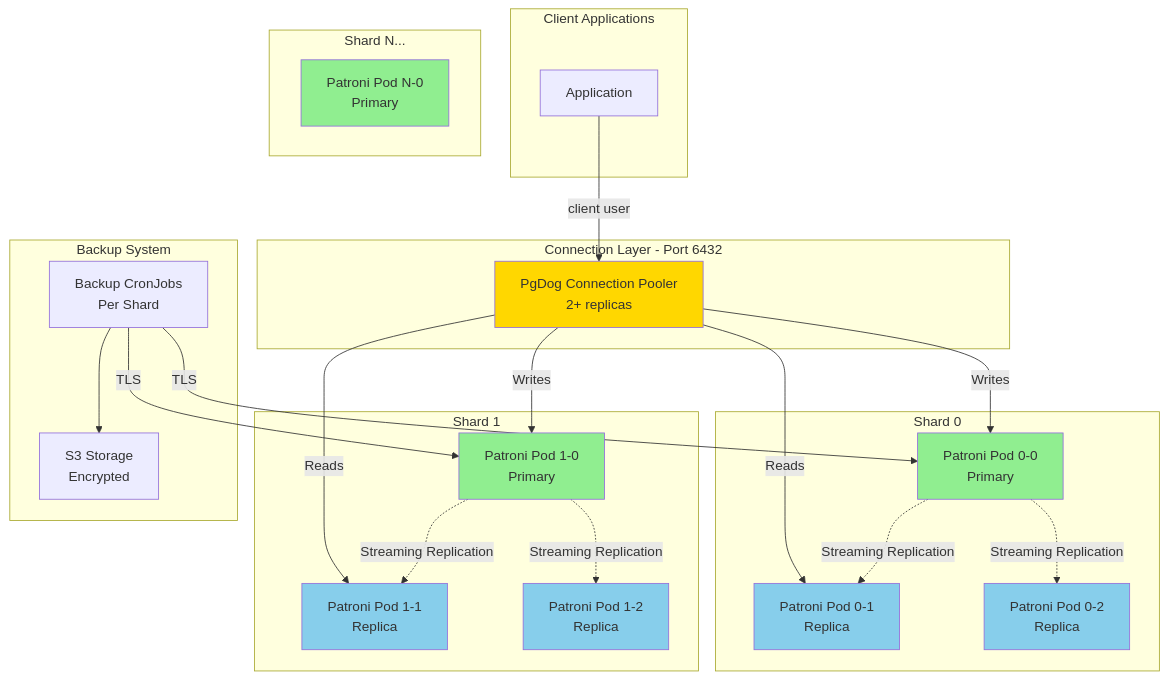
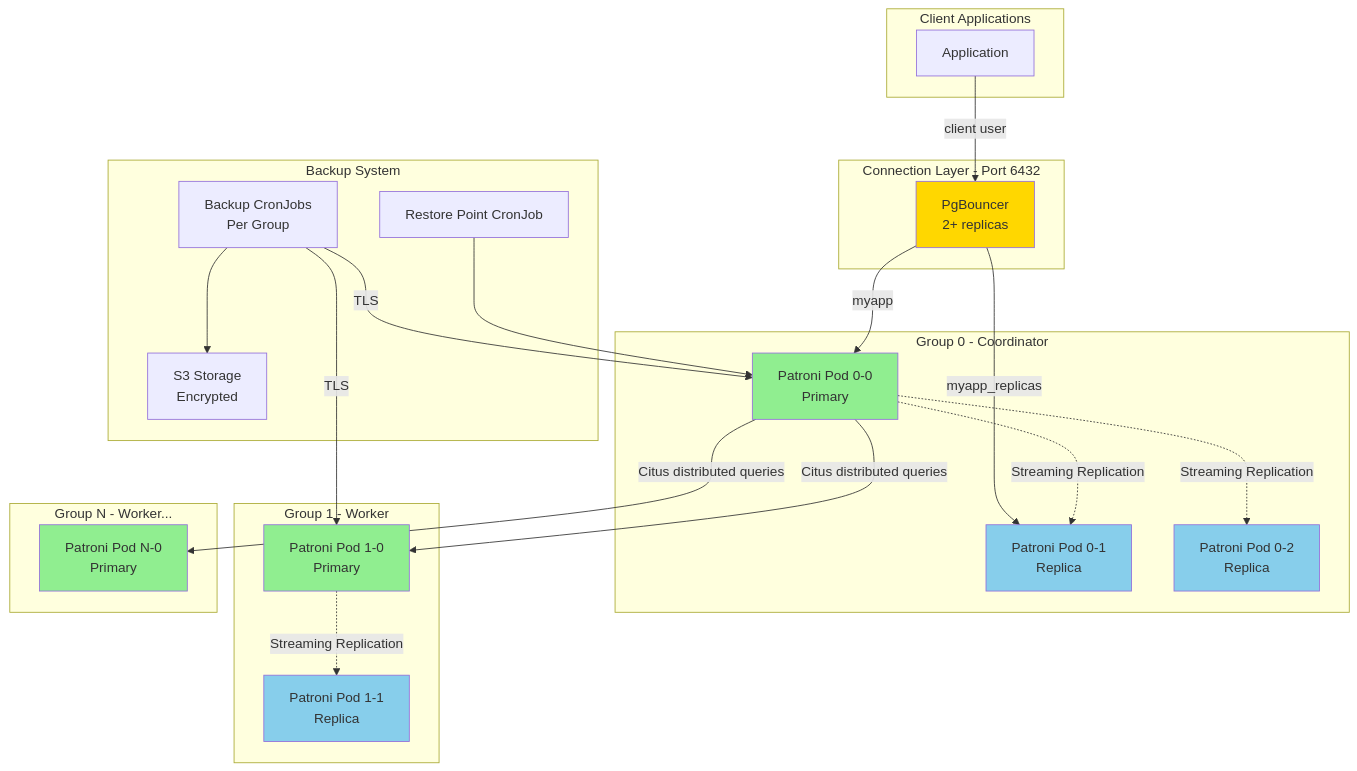
Before and after one commit to Pandoks/pandoks.com: the diagram in packages/postgres/README.md, drawn with Mermaid. The commit also changed other lines of this file and 19 other files, not shown here.

First line of the commit message:
feat(postgres): shard with citus and pool with pgbouncer

````diff
--- a/packages/postgres/README.md
+++ b/packages/postgres/README.md
@@ -8,55 +8,54 @@
 ```mermaid
 graph TB
     subgraph "Client Applications"
         App[Application]
     end
 
     subgraph "Connection Layer - Port 6432"
-        PgDog[PgDog Connection Pooler<br/>2+ replicas]
+        PgBouncer[PgBouncer<br/>2+ replicas]
     end
 
-    subgraph "Shard 0"
-        S0P[Patroni Pod 0-0<br/>Primary]
-        S0R1[Patroni Pod 0-1<br/>Replica]
-        S0R2[Patroni Pod 0-2<br/>Replica]
+    subgraph "Group 0 - Coordinator"
+        G0P[Patroni Pod 0-0<br/>Primary]
+        G0R1[Patroni Pod 0-1<br/>Replica]
+        G0R2[Patroni Pod 0-2<br/>Replica]
     end
 
-    subgraph "Shard 1"
-        S1P[Patroni Pod 1-0<br/>Primary]
-        S1R1[Patroni Pod 1-1<br/>Replica]
-        S1R2[Patroni Pod 1-2<br/>Replica]
+    subgraph "Group 1 - Worker"
+        G1P[Patroni Pod 1-0<br/>Primary]
+        G1R1[Patroni Pod 1-1<br/>Replica]
     end
 
-    subgraph "Shard N..."
-        SNP[Patroni Pod N-0<br/>Primary]
+    subgraph "Group N - Worker..."
+        GNP[Patroni Pod N-0<br/>Primary]
     end
 
     subgraph "Backup System"
-        BackupJobs[Backup CronJobs<br/>Per Shard]
+        BackupJobs[Backup CronJobs<br/>Per Group]
+        RestorePoint[Restore Point CronJob]
         S3[S3 Storage<br/>Encrypted]
     end
 
-    App -->|client user| PgDog
-    PgDog -->|Writes| S0P
-    PgDog -->|Writes| S1P
-    PgDog -->|Reads| S0R1
-    PgDog -->|Reads| S1R1
+    App -->|client user| PgBouncer
+    PgBouncer -->|myapp| G0P
+    PgBouncer -->|myapp_replicas| G0R1
+    G0P -->|Citus distributed queries| G1P
+    G0P -->|Citus distributed queries| GNP
 
-    S0P -.->|Streaming Replication| S0R1
-    S0P -.->|Streaming Replication| S0R2
-    S1P -.->|Streaming Replication| S1R1
-    S1P -.->|Streaming Replication| S1R2
+    G0P -.->|Streaming Replication| G0R1
+    G0P -.->|Streaming Replication| G0R2
+    G1P -.->|Streaming Replication| G1R1
 
-    BackupJobs -->|TLS| S0P
-    BackupJobs -->|TLS| S1P
+    BackupJobs -->|TLS| G0P
+    BackupJobs -->|TLS| G1P
     BackupJobs --> S3
+    RestorePoint --> G0P
 
-    style S0P fill:#90EE90
-    style S1P fill:#90EE90
-    style SNP fill:#90EE90
-    style S0R1 fill:#87CEEB
-    style S0R2 fill:#87CEEB
-    style S1R1 fill:#87CEEB
-    style S1R2 fill:#87CEEB
-    style PgDog fill:#FFD700
+    style G0P fill:#90EE90
+    style G1P fill:#90EE90
+    style GNP fill:#90EE90
+    style G0R1 fill:#87CEEB
+    style G0R2 fill:#87CEEB
+    style G1R1 fill:#87CEEB
+    style PgBouncer fill:#FFD700
 ```
````
